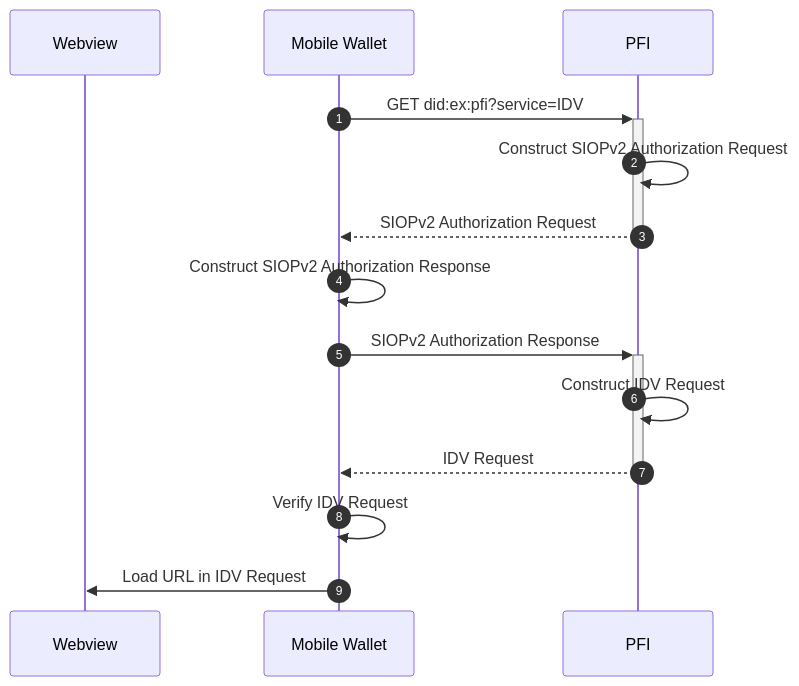
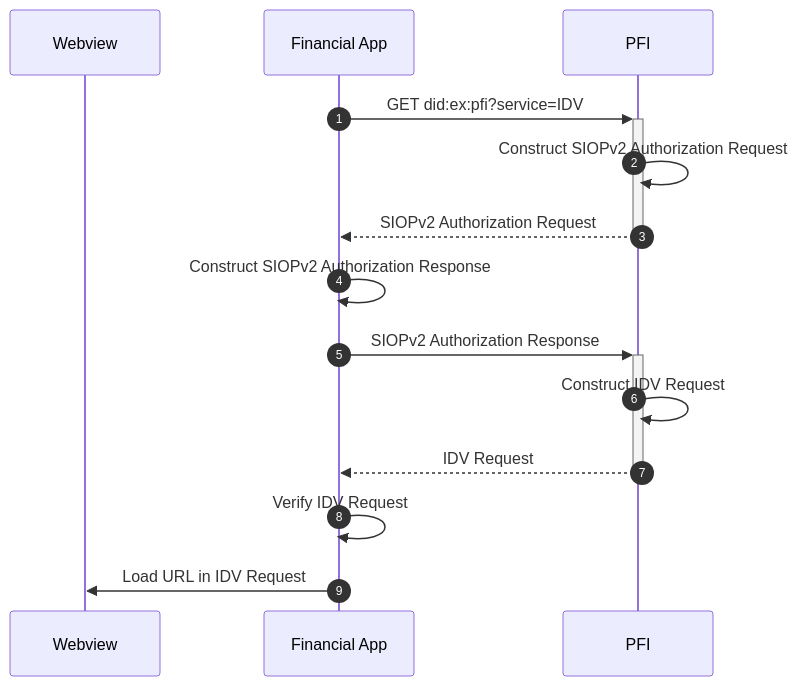
One commit to TBD54566975/known-customer-credential changed the first of 5 diagrams in README.md. Above: the diagram before and after it, drawn with Mermaid. The commit also changed other lines of this file, not shown here.

````diff
--- a/README.md
+++ b/README.md
@@ -163,18 +163,18 @@
 ```mermaid
 sequenceDiagram
 autonumber
 
 participant W as Webview
-participant D as Mobile Wallet
+participant D as Financial App
 participant P as PFI
 
 D->>+P: GET did:ex:pfi?service=IDV
 P->>P: Construct SIOPv2 Authorization Request
 P-->>-D: SIOPv2 Authorization Request
 D->>D: Construct SIOPv2 Authorization Response
 D->>+P: SIOPv2 Authorization Response
 P->>P: Construct IDV Request
 P-->>-D: IDV Request
 D->>D: Verify IDV Request
 D->>W: Load URL in IDV Request
 ```
````
